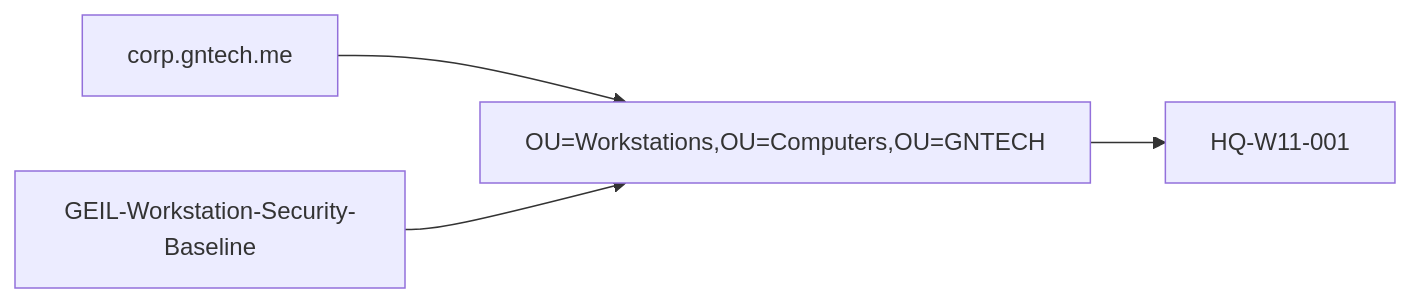
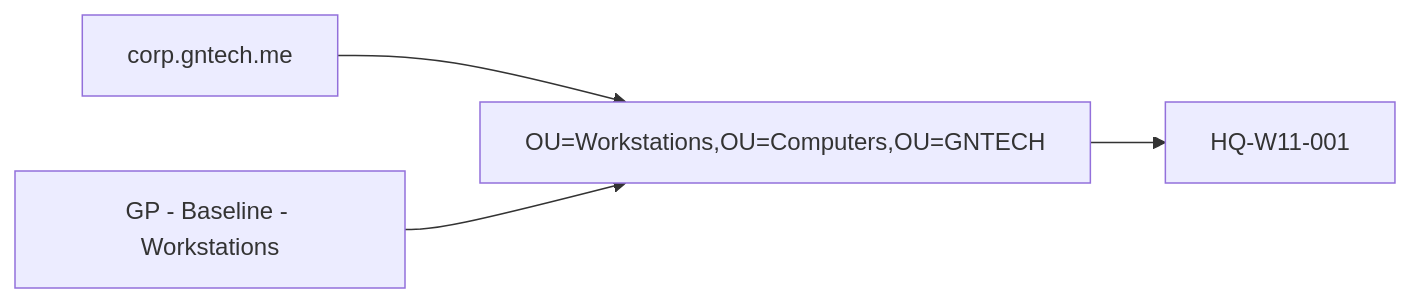
The diagram in docs/microsoft-core/group-policy-baseline.md (gntech-dev/geil-enterprise-docs), drawn with Mermaid before and after one commit. The commit also changed other lines of this file and 117 other files, not shown here.

````diff
--- a/docs/microsoft-core/group-policy-baseline.md
+++ b/docs/microsoft-core/group-policy-baseline.md
@@ -100,9 +100,9 @@
 ```mermaid
 flowchart LR
     Domain[corp.gntech.me]
     OU[OU=Workstations,OU=Computers,OU=GNTECH]
-    GPO[GEIL-Workstation-Security-Baseline]
+    GPO[GP - Baseline - Workstations]
     Client[HQ-W11-001]
     Domain --> OU
     GPO --> OU --> Client
 ```
````
